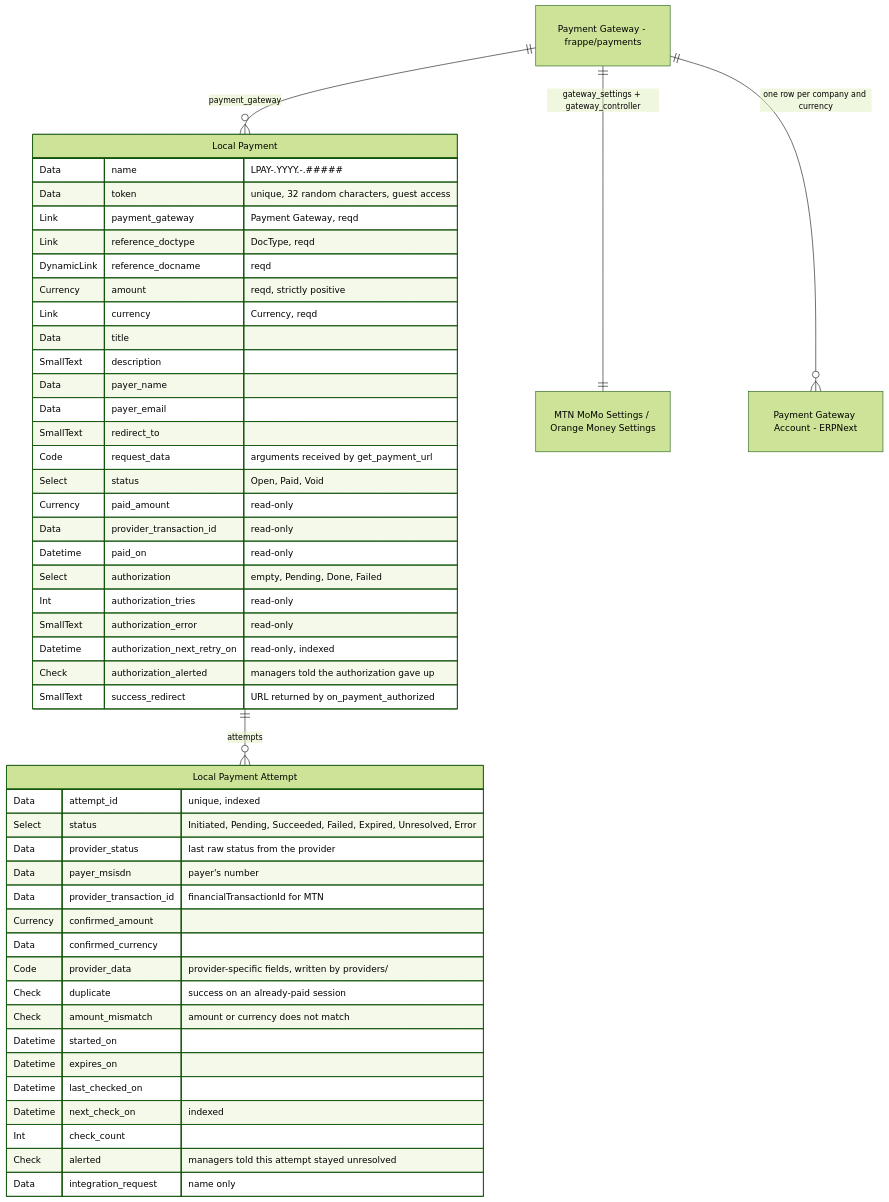
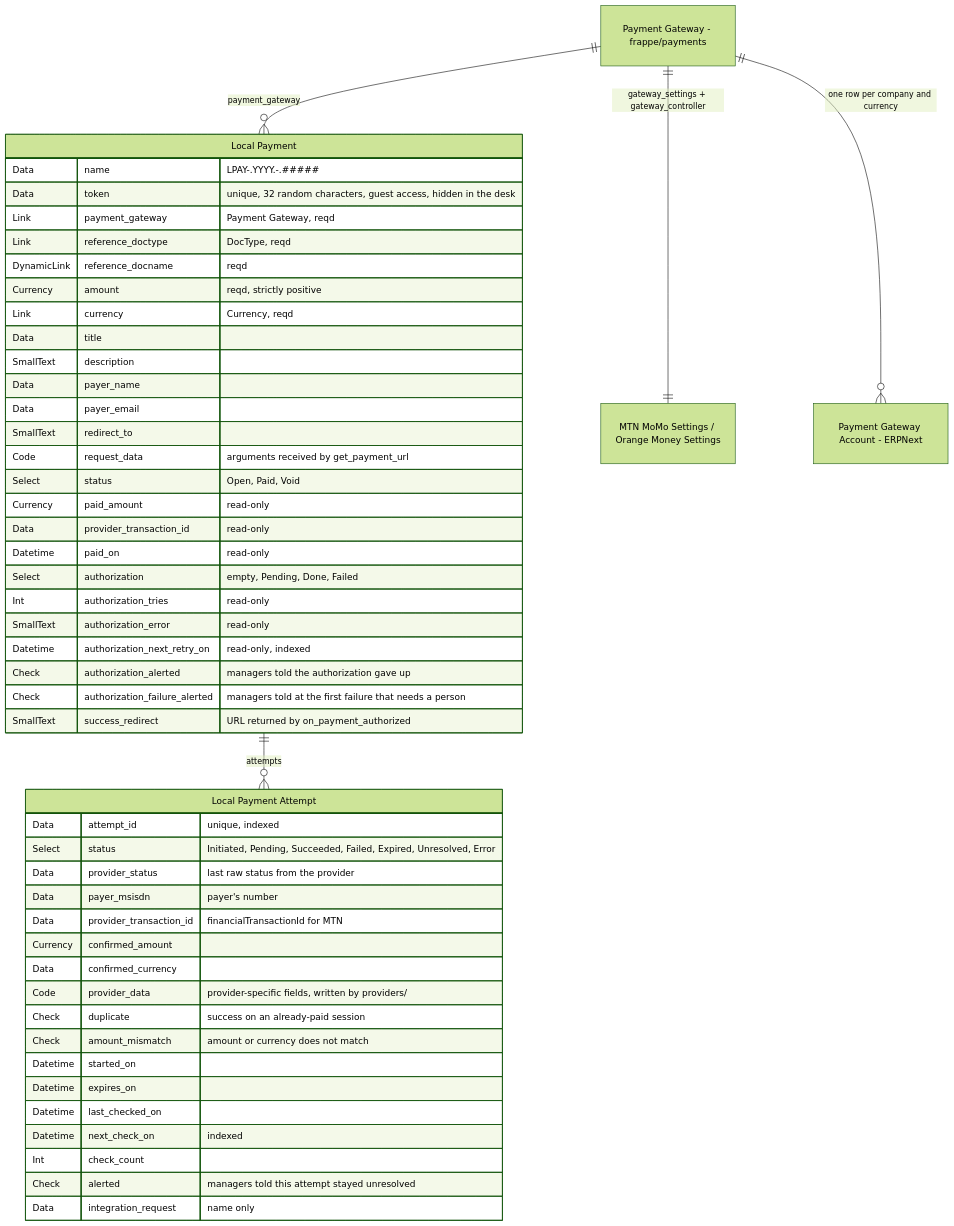
The second of 4 diagrams in docs/ARCHITECTURE.md (skyengpro/local_payments), drawn with Mermaid (forest theme) before and after one commit. The commit also changed other lines of this file and 10 other files, not shown here.

````diff
--- a/docs/ARCHITECTURE.md
+++ b/docs/ARCHITECTURE.md
@@ -282,55 +282,56 @@
 ```mermaid
 erDiagram
     LOCAL_PAYMENT["Local Payment"] {
         Data name "LPAY-.YYYY.-.#####"
-        Data token "unique, 32 random characters, guest access"
+        Data token "unique, 32 random characters, guest access, hidden in the desk"
         Link payment_gateway "Payment Gateway, reqd"
         Link reference_doctype "DocType, reqd"
         DynamicLink reference_docname "reqd"
         Currency amount "reqd, strictly positive"
         Link currency "Currency, reqd"
         Data title
         SmallText description
         Data payer_name
         Data payer_email
         SmallText redirect_to
         Code request_data "arguments received by get_payment_url"
         Select status "Open, Paid, Void"
         Currency paid_amount "read-only"
         Data provider_transaction_id "read-only"
         Datetime paid_on "read-only"
         Select authorization "empty, Pending, Done, Failed"
         Int authorization_tries "read-only"
         SmallText authorization_error "read-only"
         Datetime authorization_next_retry_on "read-only, indexed"
         Check authorization_alerted "managers told the authorization gave up"
+        Check authorization_failure_alerted "managers told at the first failure that needs a person"
         SmallText success_redirect "URL returned by on_payment_authorized"
     }
     LOCAL_PAYMENT_ATTEMPT["Local Payment Attempt"] {
         Data attempt_id "unique, indexed"
         Select status "Initiated, Pending, Succeeded, Failed, Expired, Unresolved, Error"
         Data provider_status "last raw status from the provider"
         Data payer_msisdn "payer's number"
         Data provider_transaction_id "financialTransactionId for MTN"
         Currency confirmed_amount
         Data confirmed_currency
         Code provider_data "provider-specific fields, written by providers/"
         Check duplicate "success on an already-paid session"
         Check amount_mismatch "amount or currency does not match"
         Datetime started_on
         Datetime expires_on
         Datetime last_checked_on
         Datetime next_check_on "indexed"
         Int check_count
         Check alerted "managers told this attempt stayed unresolved"
         Data integration_request "name only"
     }
     PAYMENT_GATEWAY["Payment Gateway - frappe/payments"]
     SETTINGS["MTN MoMo Settings / Orange Money Settings"]
     PGA["Payment Gateway Account - ERPNext"]
 
     LOCAL_PAYMENT ||--o{ LOCAL_PAYMENT_ATTEMPT : attempts
     PAYMENT_GATEWAY ||--o{ LOCAL_PAYMENT : payment_gateway
     PAYMENT_GATEWAY ||--|| SETTINGS : "gateway_settings + gateway_controller"
     PAYMENT_GATEWAY ||--o{ PGA : "one row per company and currency"
 ```
````
